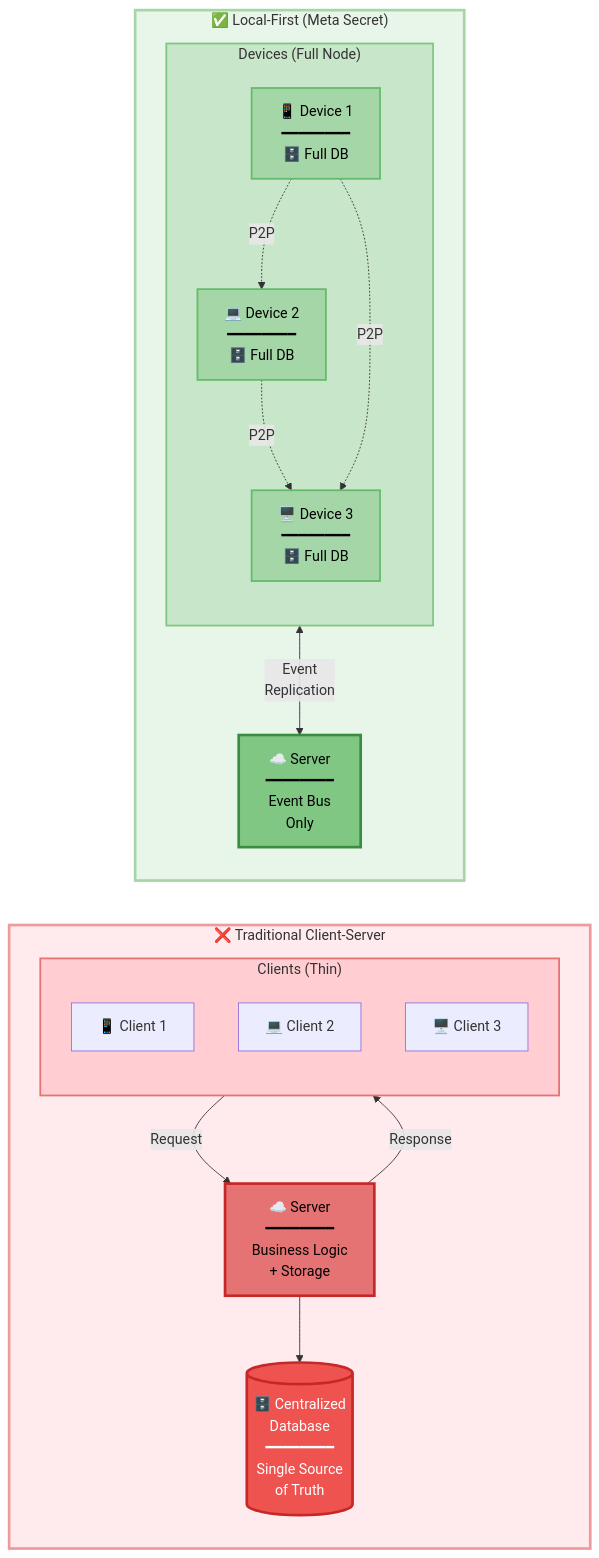
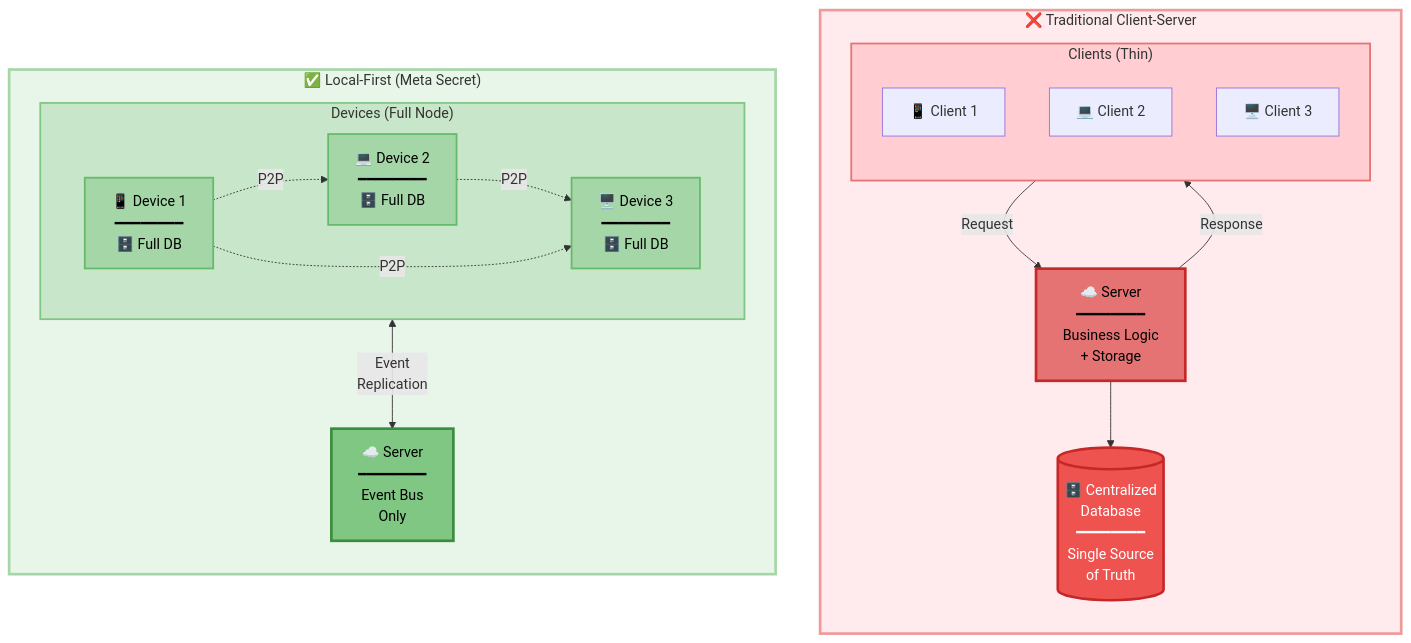
Before and after one commit to meta-secret/meta-secret-core: the tenth of 12 diagrams in docs/meta-secret-technical-presentation.md, drawn with Mermaid.

Commit message:
improvements

````diff
--- a/docs/meta-secret-technical-presentation.md
+++ b/docs/meta-secret-technical-presentation.md
@@ -532,48 +532,48 @@
 ```mermaid
-flowchart LR
+flowchart TB
     subgraph TRAD["❌ Traditional Client-Server"]
         direction TB
         
         subgraph CLIENTS1["Clients (Thin)"]
             direction TB
             C1[📱 Client 1]
             C2[💻 Client 2]
             C3[🖥️ Client 3]
         end
         
         CLIENTS1 -->|Request| SRV[☁️ Server<br/>━━━━━━━━<br/>Business Logic<br/>+ Storage]
         SRV -->|Response| CLIENTS1
         
         SRV --> DB[(🗄️ Centralized<br/>Database<br/>━━━━━━━━<br/>Single Source<br/>of Truth)]
         
         style SRV fill:#e57373,color:#000,stroke:#c62828,stroke-width:3px
         style DB fill:#ef5350,color:#fff,stroke:#c62828,stroke-width:3px
         style CLIENTS1 fill:#ffcdd2,stroke:#e57373,stroke-width:2px
     end
     
     subgraph LOCAL["✅ Local-First (Meta Secret)"]
         direction TB
         
         subgraph DEVICES["Devices (Full Node)"]
-            direction TB
+            direction LR
             D1["📱 Device 1<br/>━━━━━━━━<br/>🗄️ Full DB"]
             D2["💻 Device 2<br/>━━━━━━━━<br/>🗄️ Full DB"]
             D3["🖥️ Device 3<br/>━━━━━━━━<br/>🗄️ Full DB"]
+
+            D1 -.->|P2P| D2
+            D2 -.->|P2P| D3
+            D1 -.->|P2P| D3
         end
-        
-        D1 -.->|P2P| D2
-        D2 -.->|P2P| D3
-        D1 -.->|P2P| D3
         
         DEVICES <-->|Event<br/>Replication| BUS[☁️ Server<br/>━━━━━━━━<br/>Event Bus<br/>Only]
         
         style BUS fill:#81c784,color:#000,stroke:#388e3c,stroke-width:3px
         style D1 fill:#a5d6a7,color:#000,stroke:#66bb6a,stroke-width:2px
         style D2 fill:#a5d6a7,color:#000,stroke:#66bb6a,stroke-width:2px
         style D3 fill:#a5d6a7,color:#000,stroke:#66bb6a,stroke-width:2px
         style DEVICES fill:#c8e6c9,stroke:#81c784,stroke-width:2px
     end
     
     style TRAD fill:#ffebee,stroke:#ef9a9a,stroke-width:3px
     style LOCAL fill:#e8f5e9,stroke:#a5d6a7,stroke-width:3px
 ```
````
